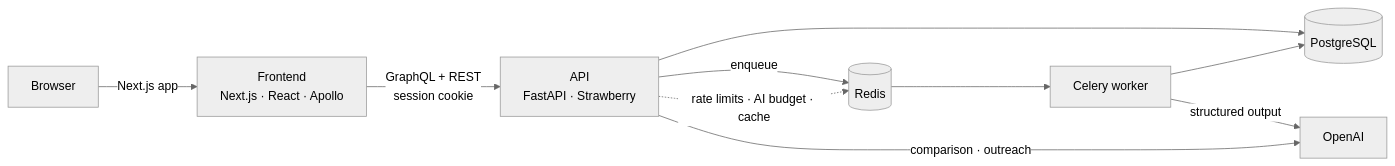
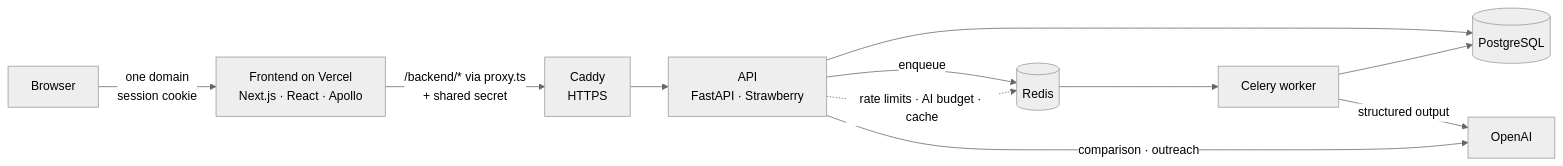
Before and after one commit to abdullahasif07/TalentFlow-AI: the diagram in README.md, drawn with Mermaid (neutral theme). The commit also changed other lines of this file, not shown here.

````diff
--- a/README.md
+++ b/README.md
@@ -40,12 +42,13 @@
 ```mermaid
 flowchart LR
-  B[Browser] -->|Next.js app| F[Frontend<br/>Next.js · React · Apollo]
-  F -->|GraphQL + REST<br/>session cookie| A[API<br/>FastAPI · Strawberry]
+  B[Browser] -->|one domain<br/>session cookie| F[Frontend on Vercel<br/>Next.js · React · Apollo]
+  F -->|/backend/* via proxy.ts<br/>+ shared secret| C[Caddy<br/>HTTPS]
+  C --> A[API<br/>FastAPI · Strawberry]
   A --> P[(PostgreSQL)]
   A -->|enqueue| R[(Redis)]
   R --> W[Celery worker]
   W --> P
   W -->|structured output| O[OpenAI]
   A -->|comparison · outreach| O
   A -. rate limits · AI budget · cache .-> R
 ```
````
